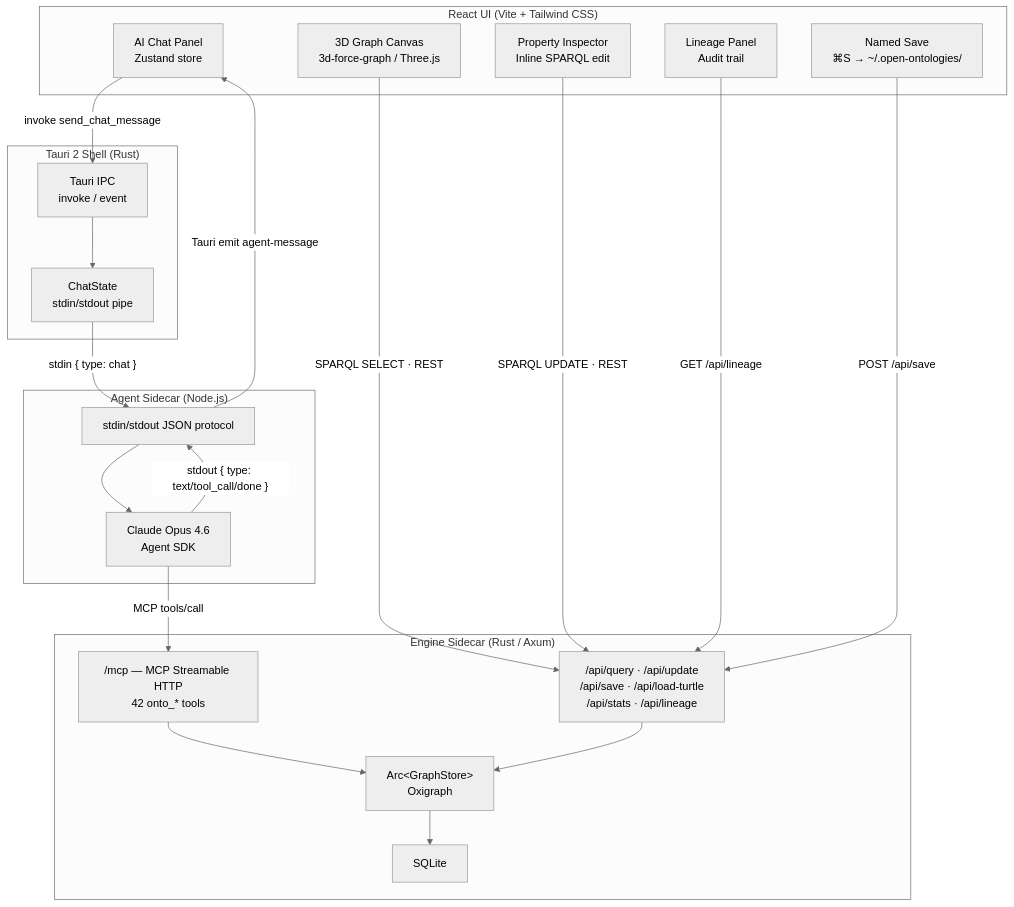
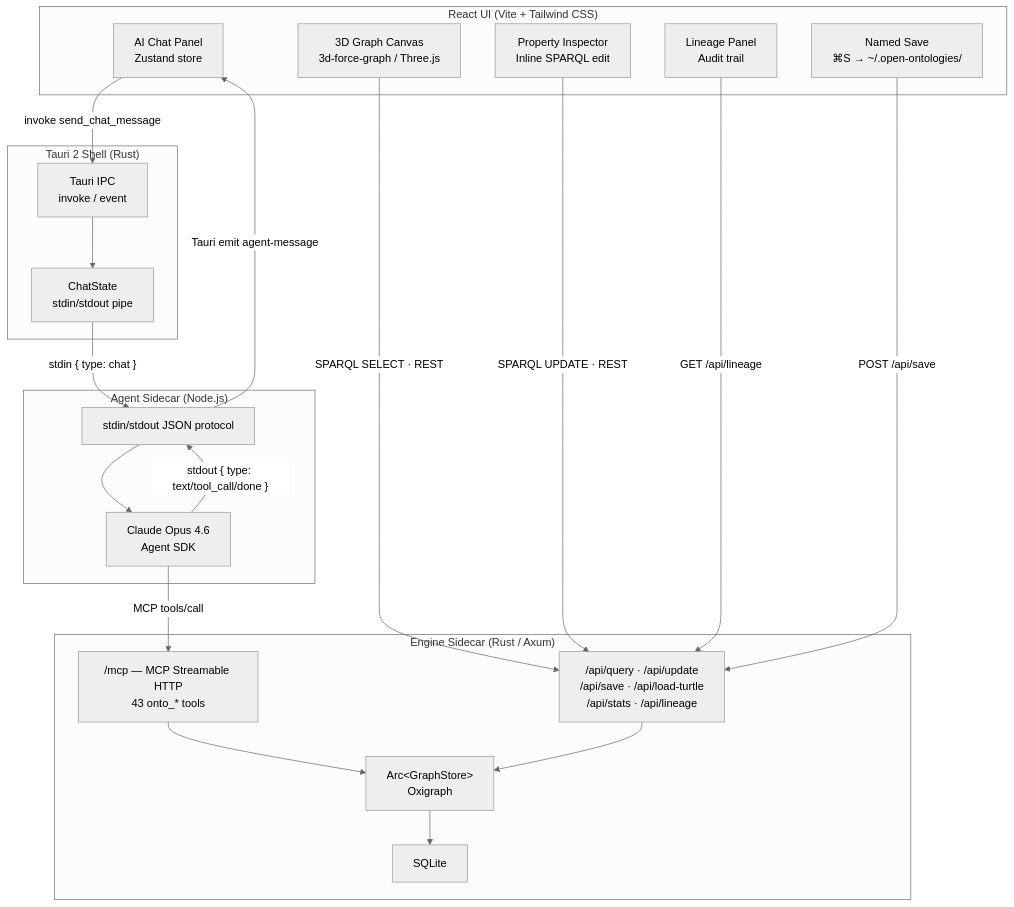
Before and after one commit to fabio-rovai/open-ontologies: the fourth of 4 diagrams in README.md, drawn with Mermaid (neutral theme). The commit also changed other lines of this file, not shown here.

````diff
--- a/README.md
+++ b/README.md
@@ -605,42 +605,42 @@
 ```mermaid
 flowchart TD
     subgraph UI["React UI (Vite + Tailwind CSS)"]
         Graph["3D Graph Canvas\n3d-force-graph / Three.js"]
         Chat["AI Chat Panel\nZustand store"]
         Inspector["Property Inspector\nInline SPARQL edit"]
         Lineage["Lineage Panel\nAudit trail"]
         Save["Named Save\n⌘S → ~/.open-ontologies/"]
     end
 
     subgraph Tauri["Tauri 2 Shell (Rust)"]
         IPC["Tauri IPC\ninvoke / event"]
         ChatState["ChatState\nstdin/stdout pipe"]
     end
 
     subgraph Engine["Engine Sidecar (Rust / Axum)"]
-        MCP["/mcp — MCP Streamable HTTP\n42 onto_* tools"]
+        MCP["/mcp — MCP Streamable HTTP\n43 onto_* tools"]
         REST2["/api/query · /api/update\n/api/save · /api/load-turtle\n/api/stats · /api/lineage"]
         Store["Arc&lt;GraphStore&gt;\nOxigraph"]
         DB["SQLite"]
     end
 
     subgraph Agent["Agent Sidecar (Node.js)"]
         SDK["Claude Opus 4.6\nAgent SDK"]
         Proto["stdin/stdout JSON protocol"]
     end
 
     Graph -->|"SPARQL SELECT · REST"| REST2
     Inspector -->|"SPARQL UPDATE · REST"| REST2
     Lineage -->|"GET /api/lineage"| REST2
     Save -->|"POST /api/save"| REST2
     Chat -->|"invoke send_chat_message"| IPC
     IPC --> ChatState
     ChatState -->|"stdin { type: chat }"| Proto
     Proto --> SDK
     SDK -->|"MCP tools/call"| MCP
     SDK -->|"stdout { type: text/tool_call/done }"| Proto
     Proto -->|"Tauri emit agent-message"| Chat
     MCP --> Store
     REST2 --> Store
     Store --> DB
 ```
````
